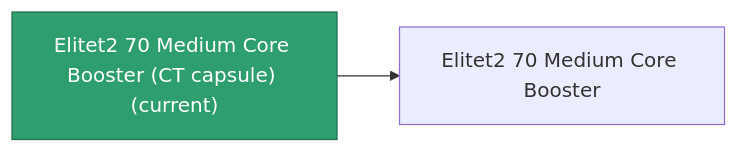
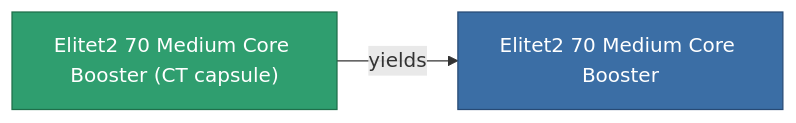
Before and after one commit to OpenPerpetuum/Wiki: the diagram in content/content/items/elitet2_70_medium_core_booster_CT_capsule.md, drawn with Mermaid. The commit also changed other lines of this file and 2015 other files, not shown here.

````diff
--- a/content/content/items/elitet2_70_medium_core_booster_CT_capsule.md
+++ b/content/content/items/elitet2_70_medium_core_booster_CT_capsule.md
@@ -33,8 +33,9 @@
 ```mermaid
 graph LR
-    a["Elitet2 70 Medium Core Booster (CT capsule) (current)"]:::current
-    b["Elitet2 70 Medium Core Booster"]
-    a --> b
-    click b "/content/items/elitet2-70-medium-core-booster/" "Elitet2 70 Medium Core Booster"
+    a["Elitet2 70 Medium Core Booster (CT capsule)"]:::current
+    b["Elitet2 70 Medium Core Booster"]:::finished
+    a -->|yields| b
+                click b "/content/items/elitet2-70-medium-core-booster/" "Elitet2 70 Medium Core Booster"
     classDef current fill:#2f9e6f,stroke:#1f6f4a,color:#ffffff
+    classDef finished fill:#3b6ea5,stroke:#274a75,color:#ffffff
 ```
````
